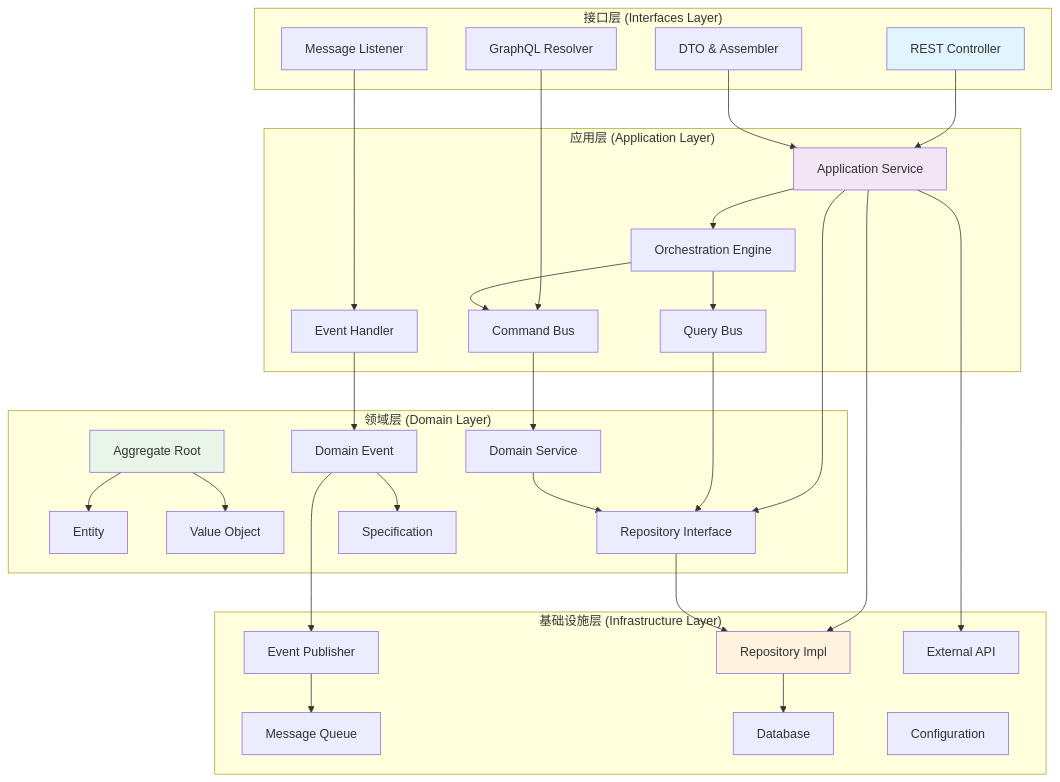
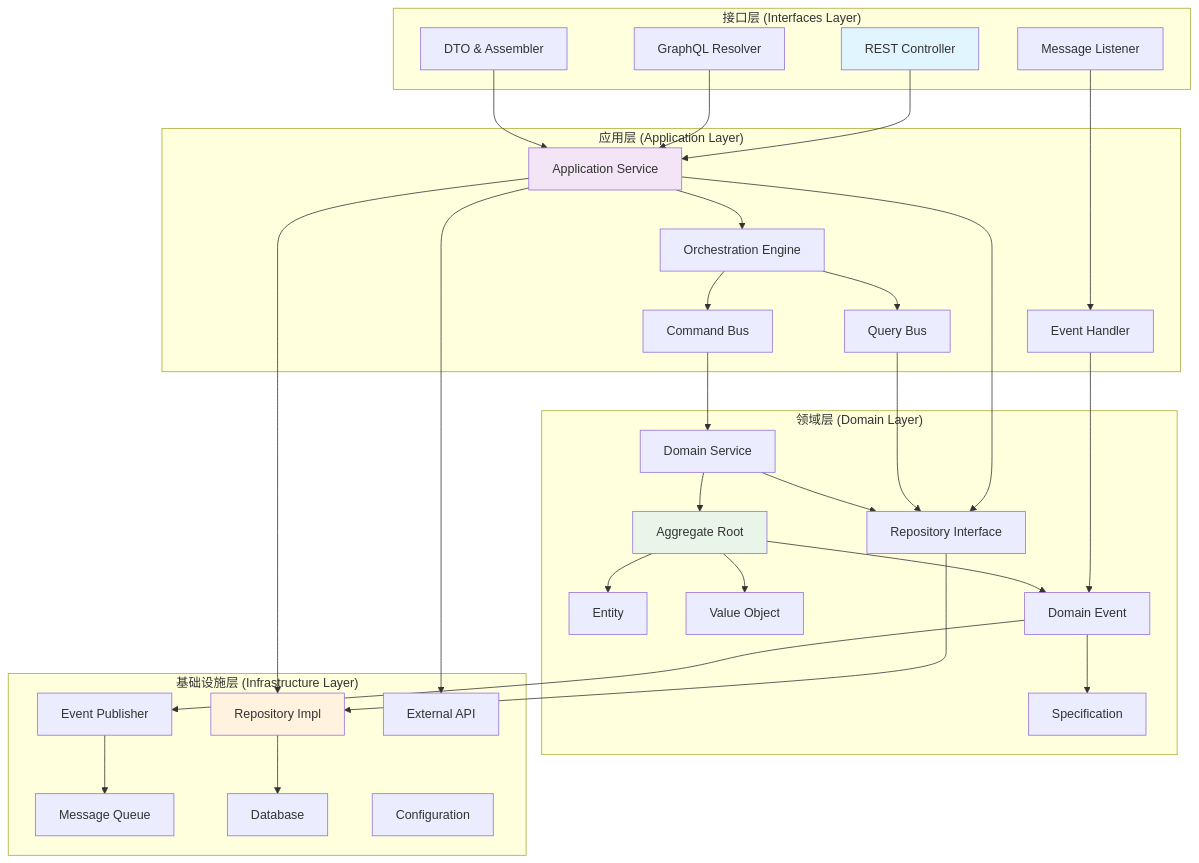
One commit to ANTHEM37/ddd-project changed the first of 8 diagrams in ddd-framework/README.md. Above: the diagram before and after it, drawn with Mermaid. The commit also changed other lines of this file, not shown here.

First line of the commit message:
docs(README): 更新项目文档和架构图

````diff
--- a/ddd-framework/README.md
+++ b/ddd-framework/README.md
@@ -29,66 +27,68 @@
 ```mermaid
 graph TB
     subgraph "接口层 (Interfaces Layer)"
         A1[REST Controller]
         A2[GraphQL Resolver]
         A3[Message Listener]
         A4[DTO & Assembler]
     end
     
     subgraph "应用层 (Application Layer)"
         B1[Application Service]
         B2[Command Bus]
         B3[Query Bus]
         B4[Orchestration Engine]
         B5[Event Handler]
     end
     
     subgraph "领域层 (Domain Layer)"
         C1[Aggregate Root]
         C2[Entity]
         C3[Value Object]
         C4[Domain Service]
         C5[Domain Event]
         C6[Repository Interface]
         C7[Specification]
     end
     
     subgraph "基础设施层 (Infrastructure Layer)"
         D1[Repository Impl]
         D2[Event Publisher]
         D3[Message Queue]
         D4[Database]
         D5[External API]
         D6[Configuration]
     end
     
     A1 --> B1
-    A2 --> B2
+    A2 --> B1
     A3 --> B5
     A4 --> B1
     
     B1 --> C6
     B1 --> B4
     B2 --> C4
     B3 --> C6
     B4 --> B2
     B4 --> B3
     B5 --> C5
     
     C1 --> C2
     C1 --> C3
+    C1 --> C5
     C4 --> C6
     C5 --> C7
+    C4 --> C1
     
     B1 --> D1
     C6 --> D1
     C5 --> D2
     D2 --> D3
     D1 --> D4
     B1 --> D5
     
     style A1 fill:#e1f5fe
     style B1 fill:#f3e5f5
     style C1 fill:#e8f5e8
     style D1 fill:#fff3e0
 ```
````
